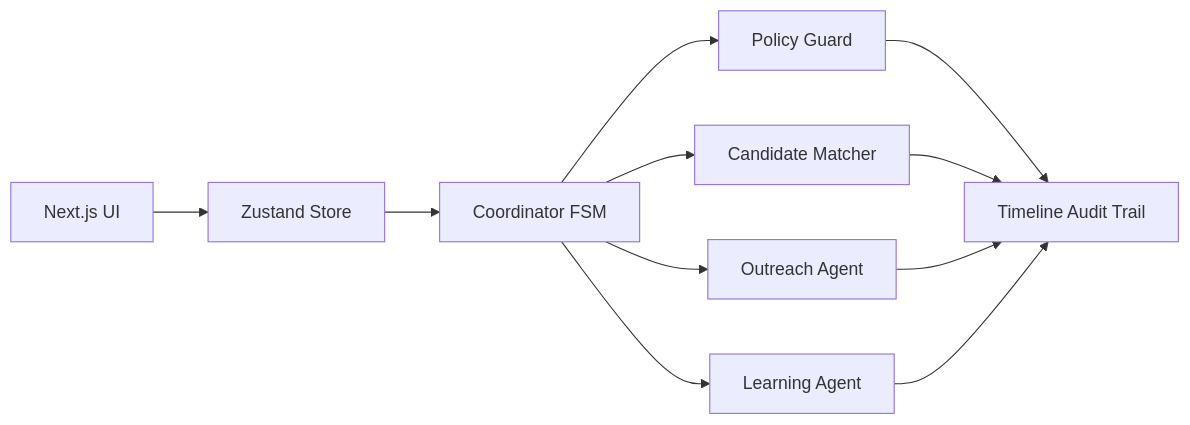
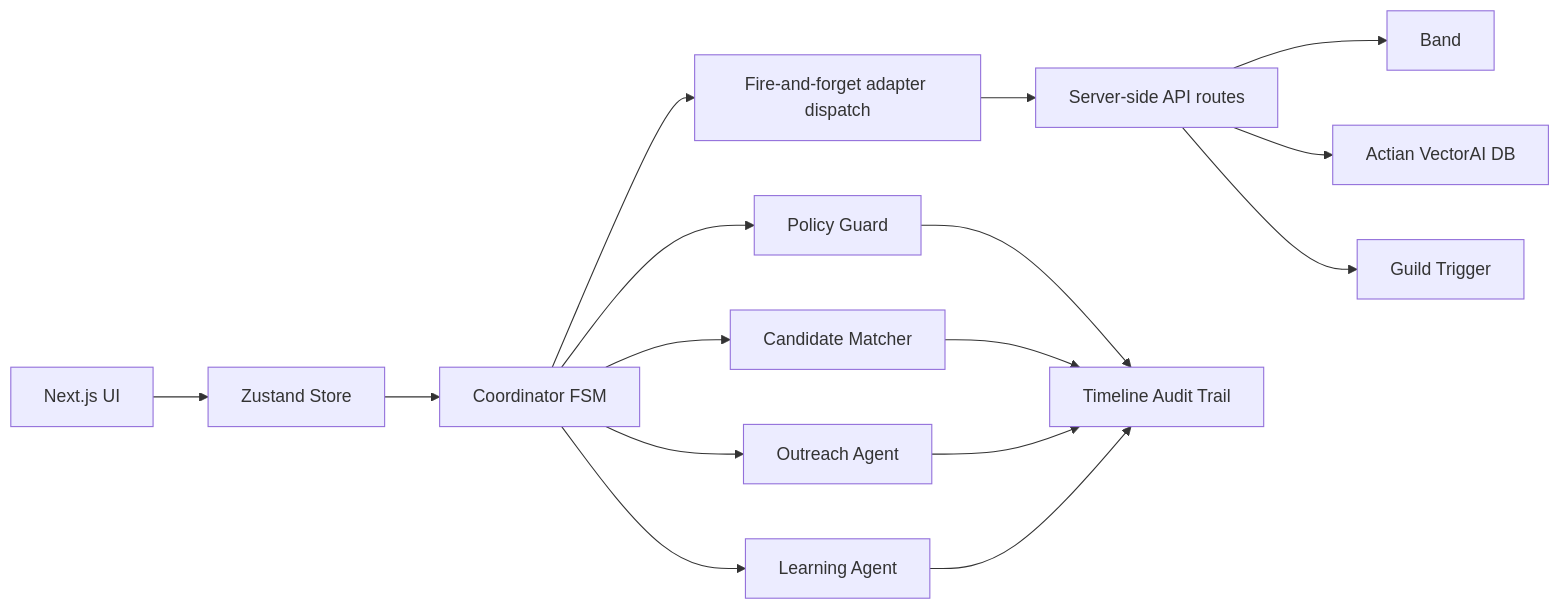
One commit to patricktran1/Blankless changed the diagram in README.md. Above: the diagram before and after it, drawn with Mermaid. The commit also changed other lines of this file and 21 other files, not shown here.

````diff
--- a/README.md
+++ b/README.md
@@ -17,13 +17,18 @@
 ```mermaid
 flowchart LR
   UI[Next.js UI] --> Store[Zustand Store]
   Store --> FSM[Coordinator FSM]
   FSM --> Guard[Policy Guard]
   FSM --> Match[Candidate Matcher]
   FSM --> Outreach[Outreach Agent]
   FSM --> Learn[Learning Agent]
+  FSM --> Dispatch[Fire-and-forget adapter dispatch]
+  Dispatch --> Routes[Server-side API routes]
+  Routes --> Band[Band]
+  Routes --> Actian[Actian VectorAI DB]
+  Routes --> Guild[Guild Trigger]
   Guard --> Audit[Timeline Audit Trail]
   Match --> Audit
   Outreach --> Audit
   Learn --> Audit
 ```
````
